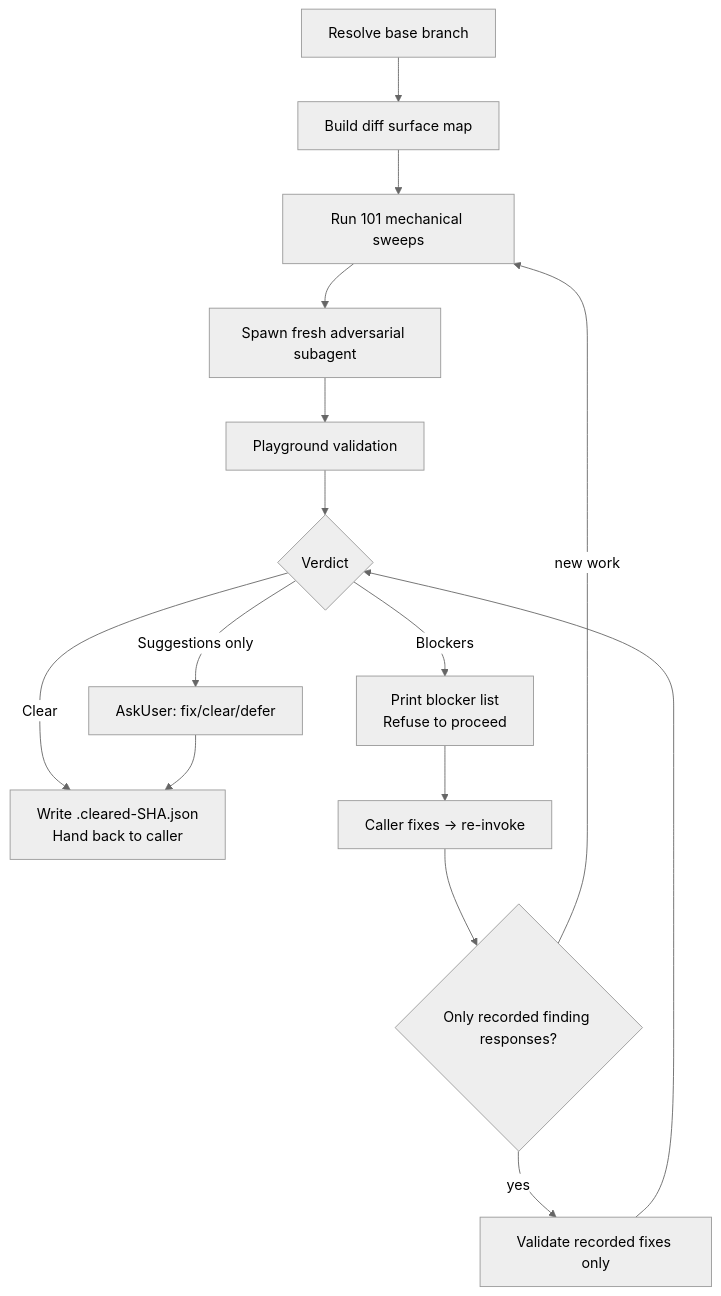
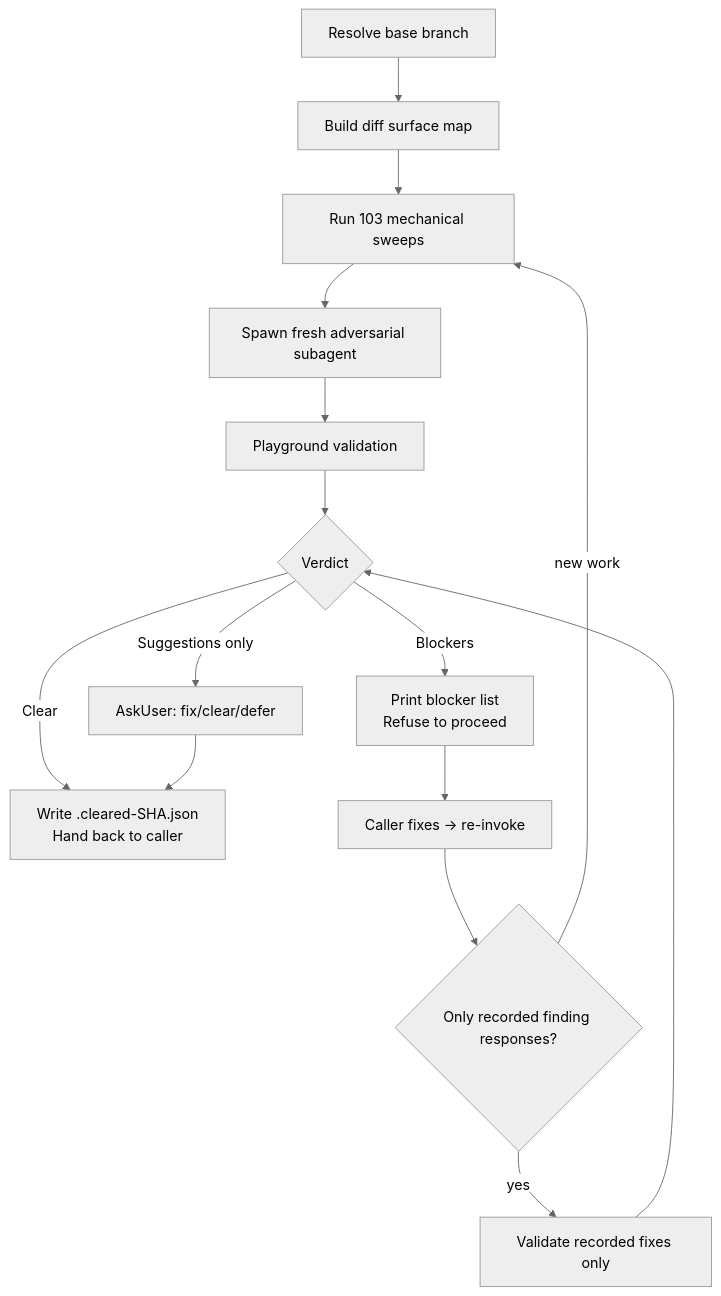
One commit to whizzzkid/skills changed the diagram in skills/adversarial-review/README.md. Above: the diagram before and after it, drawn with Mermaid (neutral theme). The commit also changed other lines of this file and 12 other files, not shown here.

````diff
--- a/skills/adversarial-review/README.md
+++ b/skills/adversarial-review/README.md
@@ -16,17 +16,17 @@
 ```mermaid
 flowchart TD
     A[Resolve base branch] --> B[Build diff surface map]
-    B --> C[Run 101 mechanical sweeps]
+    B --> C[Run 103 mechanical sweeps]
     C --> D[Spawn fresh adversarial subagent]
     D --> E[Playground validation]
     E --> F{Verdict}
     F -->|Clear| G[Write .cleared-SHA.json<br/>Hand back to caller]
     F -->|Blockers| H[Print blocker list<br/>Refuse to proceed]
     F -->|Suggestions only| I[AskUser: fix/clear/defer]
     H --> J[Caller fixes → re-invoke]
     J --> K{Only recorded finding responses?}
     K -->|yes| V[Validate recorded fixes only]
     V --> F
     K -->|new work| C
     I --> G
 ```
````
